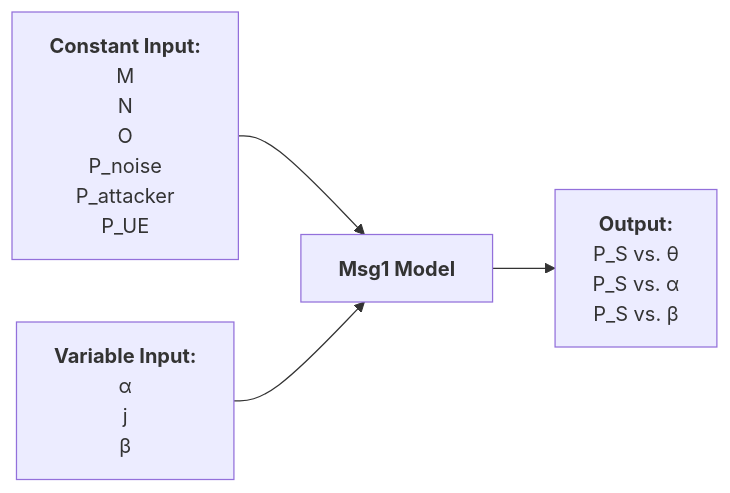
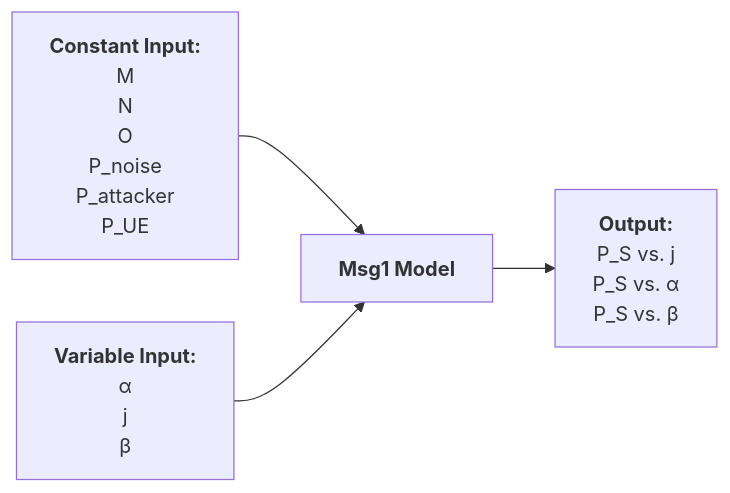
The third of 4 diagrams in docs/20250307 Thesis (PRACH Attack Problem Definition).md (bmw-ece-ntust/wilfrid-prach-attack-analysis), drawn with Mermaid before and after one commit.

Commit message:
Update 20250307 Thesis (PRACH Attack Problem Definition).md

````diff
--- a/docs/20250307 Thesis (PRACH Attack Problem Definition).md
+++ b/docs/20250307 Thesis (PRACH Attack Problem Definition).md
@@ -217,22 +217,22 @@
 ```mermaid
 flowchart LR
     inputC["`**Constant Input:**
     M
     N
     O
     P_noise
     P_attacker
     P_UE`"]
     inputV["`**Variable Input:**
     α
     j
     β`"]
     process["`**Msg1 Model**`"]
     output["`**Output:**
-    P_S vs. θ
+    P_S vs. j
     P_S vs. α
     P_S vs. β`"]
     inputC --> process
     inputV --> process
     process --> output
 ```
````
